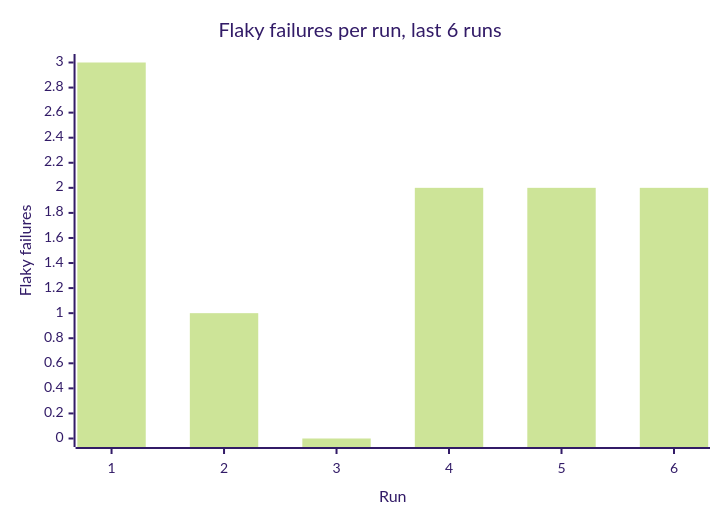
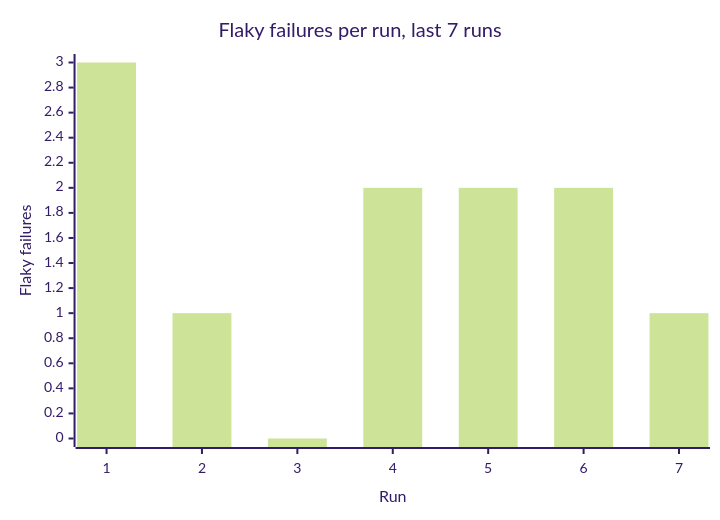
One commit to Shirojoufu/Flaky-Test-Lab changed the second of 3 diagrams in reports/summary.md. Above: the diagram before and after it, drawn with Mermaid (forest theme). The commit also changed other lines of this file and 7 other files, not shown here.

````diff
--- a/reports/summary.md
+++ b/reports/summary.md
@@ -50,7 +51,7 @@
 ```mermaid
 xychart-beta
-    title "Flaky failures per run, last 6 runs"
-    x-axis "Run" [1, 2, 3, 4, 5, 6]
+    title "Flaky failures per run, last 7 runs"
+    x-axis "Run" [1, 2, 3, 4, 5, 6, 7]
     y-axis "Flaky failures" 0 --> 3
-    bar [3, 1, 0, 2, 2, 2]
+    bar [3, 1, 0, 2, 2, 2, 1]
 ```
````
